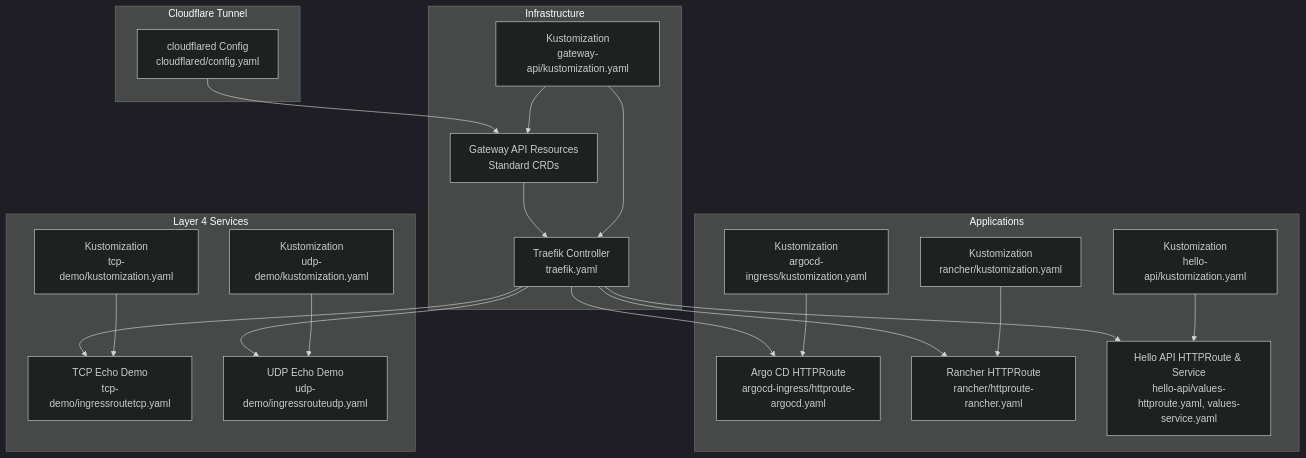
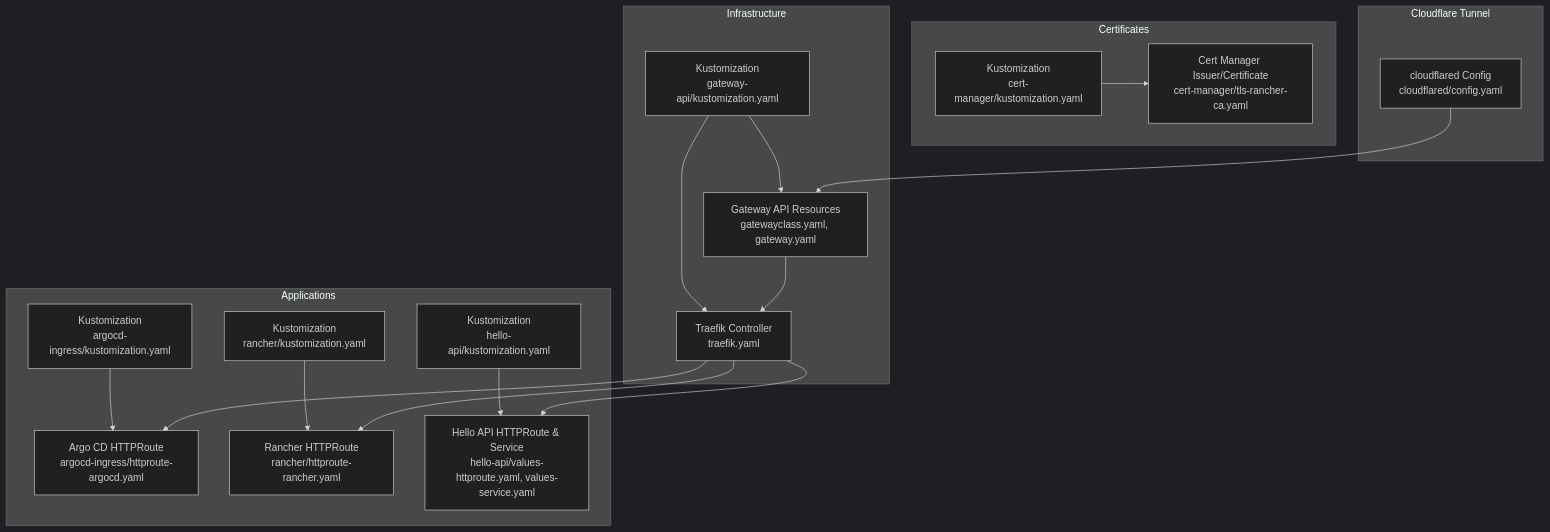
Before and after one commit to Hoangvu75/k8s_manifest: the first of 8 diagrams in .qoder/repowiki/en/content/Advanced Topics/Advanced Networking Configurations.md, drawn with Mermaid (dark theme). The commit also changed other lines of this file and 31 other files, not shown here.

````diff
--- a/.qoder/repowiki/en/content/Advanced Topics/Advanced Networking Configurations.md
+++ b/.qoder/repowiki/en/content/Advanced Topics/Advanced Networking Configurations.md
@@ -63,39 +43,34 @@
 ```mermaid
 graph TB
 subgraph "Infrastructure"
-GA["Gateway API Resources<br/>Standard CRDs"]
+GA["Gateway API Resources<br/>gatewayclass.yaml, gateway.yaml"]
 TR["Traefik Controller<br/>traefik.yaml"]
 KGA["Kustomization<br/>gateway-api/kustomization.yaml"]
 end
 subgraph "Applications"
 ARGO["Argo CD HTTPRoute<br/>argocd-ingress/httproute-argocd.yaml"]
 RANCH["Rancher HTTPRoute<br/>rancher/httproute-rancher.yaml"]
 HELLO["Hello API HTTPRoute & Service<br/>hello-api/values-httproute.yaml, values-service.yaml"]
 KARGO["Kustomization<br/>argocd-ingress/kustomization.yaml"]
 KRANCH["Kustomization<br/>rancher/kustomization.yaml"]
 KHELLO["Kustomization<br/>hello-api/kustomization.yaml"]
 end
-subgraph "Layer 4 Services"
-TCPDEMO["TCP Echo Demo<br/>tcp-demo/ingressroutetcp.yaml"]
-UDPDEMO["UDP Echo Demo<br/>udp-demo/ingressrouteudp.yaml"]
-KTCP["Kustomization<br/>tcp-demo/kustomization.yaml"]
-KUDP["Kustomization<br/>udp-demo/kustomization.yaml"]
+subgraph "Certificates"
+CM["Cert Manager Issuer/Certificate<br/>cert-manager/tls-rancher-ca.yaml"]
+KCM["Kustomization<br/>cert-manager/kustomization.yaml"]
 end
 subgraph "Cloudflare Tunnel"
 CF["cloudflared Config<br/>cloudflared/config.yaml"]
 end
 KGA --> GA
 KGA --> TR
 KARGO --> ARGO
 KRANCH --> RANCH
 KHELLO --> HELLO
-KTCP --> TCPDEMO
-KUDP --> UDPDEMO
+KCM --> CM
 CF --> GA
 GA --> TR
 TR --> ARGO
 TR --> RANCH
 TR --> HELLO
-TR --> TCPDEMO
-TR --> UDPDEMO
 ```
````
